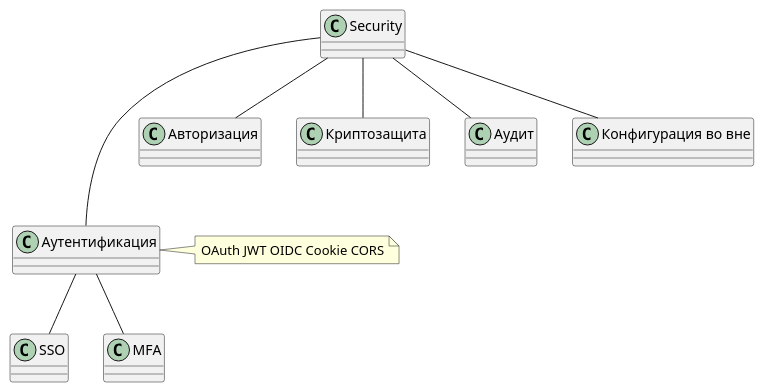
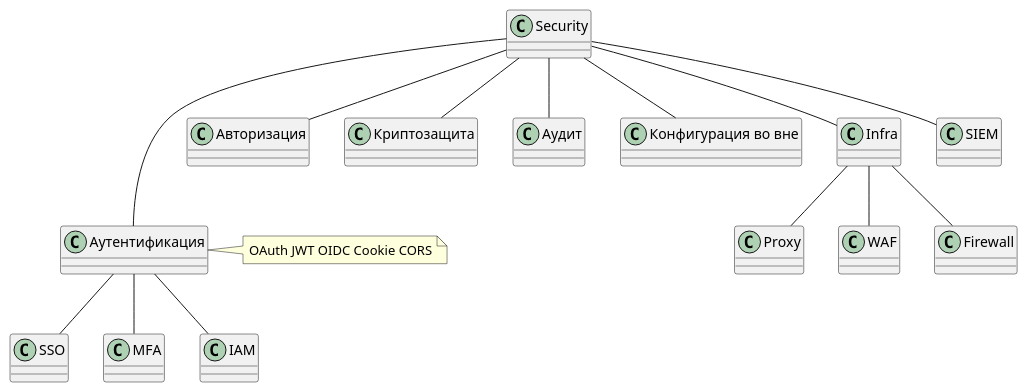
The eighth of 9 diagrams in arch/pattern/patterns.puml (daemon110282/daemon110282.github.io), drawn with PlantUML before and after one commit. The commit also changed other lines of this file and 10 other files, not shown here.

```diff
--- a/arch/pattern/patterns.puml
+++ b/arch/pattern/patterns.puml
@@ -174,13 +190,19 @@
 @startuml (id=security)
 
 Security --- Аутентификация
 	note right: OAuth JWT OIDC Cookie CORS
 	Аутентификация -- SSO
 	Аутентификация -- MFA	
+	Аутентификация -- IAM
 Security -- Авторизация
 Security -- Криптозащита
 Security -- Аудит
 class ConfOut as "Конфигурация во вне"
 Security -- ConfOut 
+Security -- Infra
+	Infra -- Proxy
+	Infra -- WAF
+	Infra -- Firewall
+Security -- SIEM
 
 @enduml
```
